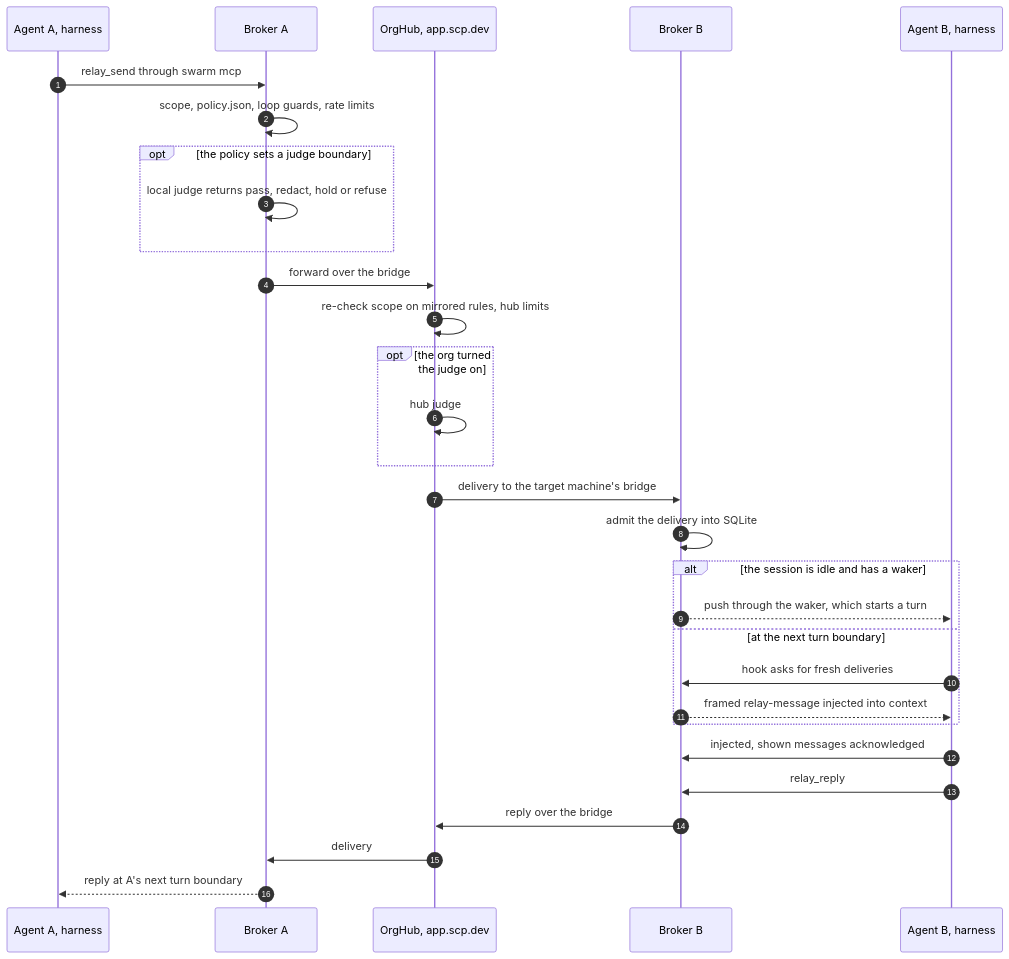
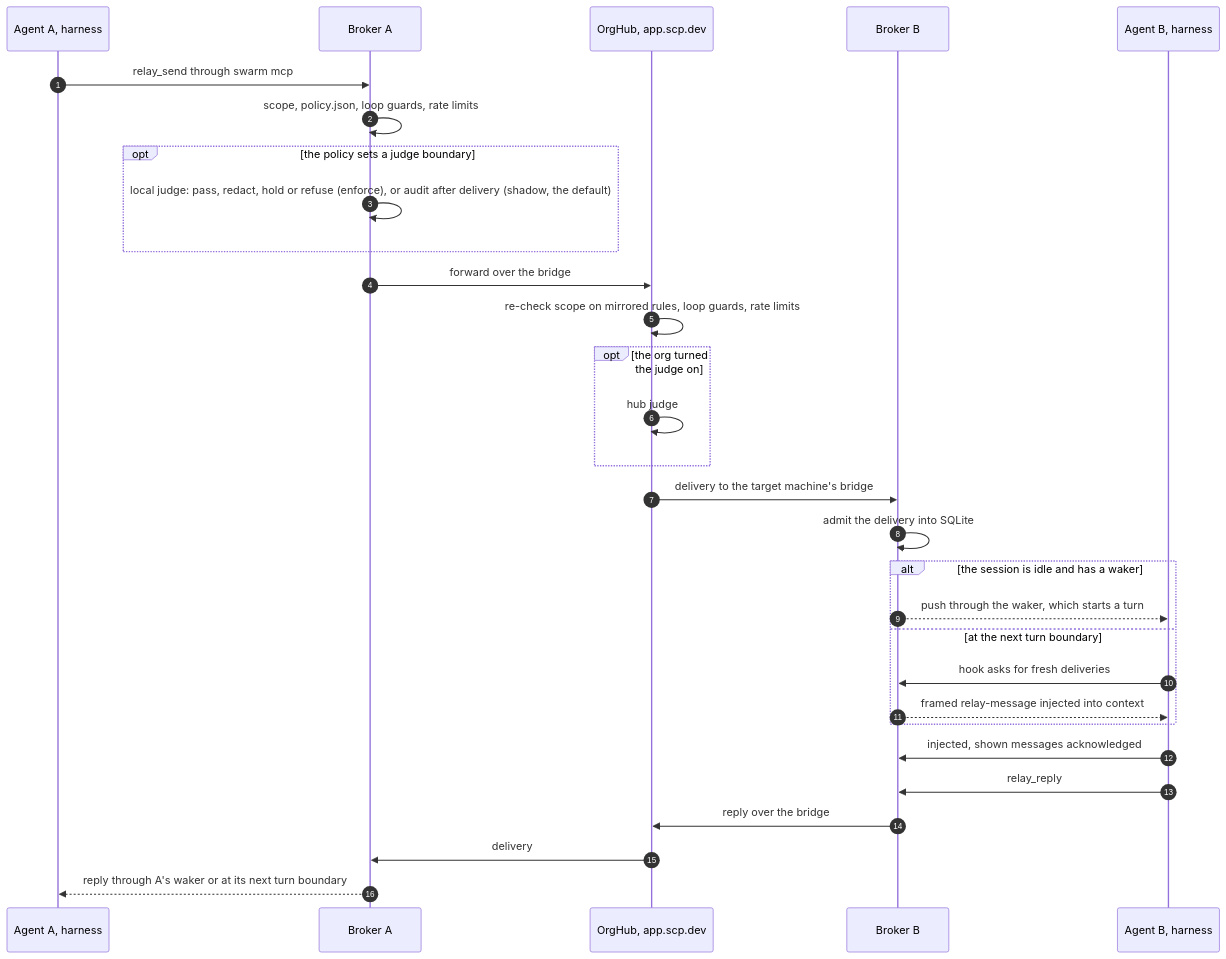
One commit to scphq/scp changed the second of 2 diagrams in apps/web/docs/architecture.md. Above: the diagram before and after it, drawn with Mermaid. The commit also changed other lines of this file and 8 other files, not shown here.

````diff
--- a/apps/web/docs/architecture.md
+++ b/apps/web/docs/architecture.md
@@ -78,32 +78,32 @@
 ```mermaid
 sequenceDiagram
   autonumber
   participant A as Agent A, harness
   participant BA as Broker A
   participant H as OrgHub, app.scp.dev
   participant BB as Broker B
   participant B as Agent B, harness
   A->>BA: relay_send through swarm mcp
   BA->>BA: scope, policy.json, loop guards, rate limits
   opt the policy sets a judge boundary
-    BA->>BA: local judge returns pass, redact, hold or refuse
+    BA->>BA: local judge: pass, redact, hold or refuse (enforce), or audit after delivery (shadow, the default)
   end
   BA->>H: forward over the bridge
-  H->>H: re-check scope on mirrored rules, hub limits
+  H->>H: re-check scope on mirrored rules, loop guards, rate limits
   opt the org turned the judge on
     H->>H: hub judge
   end
   H->>BB: delivery to the target machine's bridge
   BB->>BB: admit the delivery into SQLite
   alt the session is idle and has a waker
     BB-->>B: push through the waker, which starts a turn
   else at the next turn boundary
     B->>BB: hook asks for fresh deliveries
     BB-->>B: framed relay-message injected into context
   end
   B->>BB: injected, shown messages acknowledged
   B->>BB: relay_reply
   BB->>H: reply over the bridge
   H->>BA: delivery
-  BA-->>A: reply at A's next turn boundary
+  BA-->>A: reply through A's waker or at its next turn boundary
 ```
````
